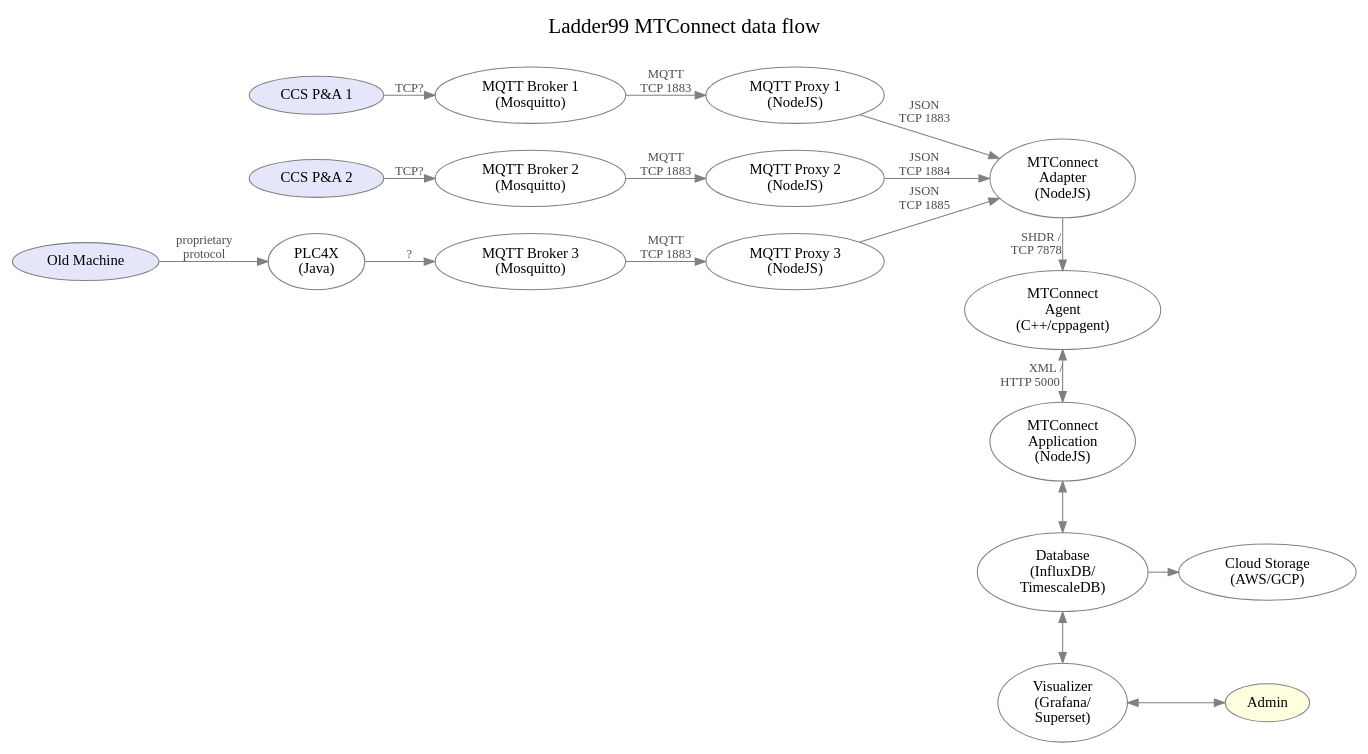
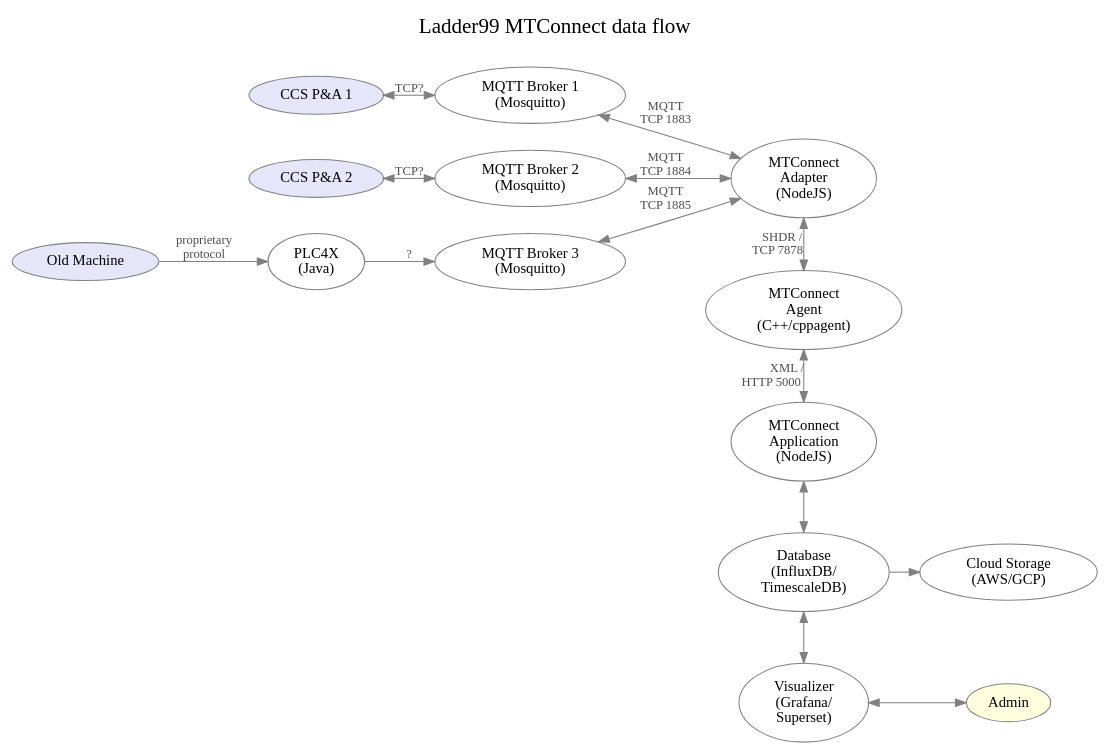
One commit to Ladder99/ladder99 changed the diagram in docs/architecture.dot. Above: the diagram before and after it, drawn with Graphviz. The commit also changed 4 other files, not shown here.

```diff
--- a/docs/architecture.dot
+++ b/docs/architecture.dot
@@ -1,80 +1,74 @@
 digraph "ladder99-adapter" {
 
   // styles
   graph [ label="Ladder99 MTConnect data flow\n "; color=lightgray; ];
   graph [ fontsize=20 ];
   graph [ labelloc=t ];
   graph [ ranksep=0.2 ];
   graph [ nodesep=0.35 ];
   graph [ rankdir=LR; ] // left-to-right
   node [ color=gray; fillcolor=white; style=filled ];
   edge [ color=gray ];
   edge [ fontsize=12; fontcolor=gray30; ];
 
   // nodes
   PA1 [ fillcolor=lavender; label="CCS P&A 1" ];
   PA2 [ fillcolor=lavender; label="CCS P&A 2" ];
   OldMachine [ fillcolor=lavender; label="Old Machine" ];
   PLC4X [ label="PLC4X\n(Java)" ];
   Broker1 [ label="MQTT Broker 1\n(Mosquitto)" ];
   Broker2 [ label="MQTT Broker 2\n(Mosquitto)" ];
   Broker3 [ label="MQTT Broker 3\n(Mosquitto)" ];
-  Proxy1 [ label="MQTT Proxy 1\n(NodeJS)" ];
-  Proxy2 [ label="MQTT Proxy 2\n(NodeJS)" ];
-  Proxy3 [ label="MQTT Proxy 3\n(NodeJS)" ];
   Adapter [ label="MTConnect\nAdapter\n(NodeJS)" ];
   // Device1Sheet [ fillcolor=greenyellow; label="device1.sheet" ];
   // Device1Yaml [ fillcolor=greenyellow; label="device1.yaml" ];
   // Device1Js [ label="device1.js" ];
   // Device2Sheet [ fillcolor=greenyellow; label="device2.sheet" ];
   // Device2Yaml [ fillcolor=greenyellow; label="device2.yaml" ];
   // Device2Js [ label="device2.js" ];
   // DiodeSender [ label="Diode Sender\n(Java+RabbitMQ)" ];
   // DiodeReceiver [ label="Diode Receiver\n(Java+RabbitMQ)" ];
   // DevicesXml [ label="devices.xml" ];
   Agent [ label="MTConnect\nAgent\n(C++/cppagent)" ];
   Application [ label="MTConnect\nApplication\n(NodeJS)" ];
   Database [ label="Database\n(InfluxDB/\nTimescaleDB)" ];
   Visualizer [ label="Visualizer\n(Grafana/\nSuperset)" ];
   Cloud [ label="Cloud Storage\n(AWS/GCP)" ];
   Admin [ fillcolor=lightyellow ];
   // LOI [ label="LOI\n(SvelteJS)" ];
   // Operator [ fillcolor=lightyellow ];
 
   // edges
-  PA1 -> Broker1 [ label="TCP?" ];
-  PA2 -> Broker2 [ label="TCP?" ];
+  PA1 -> Broker1 [ label="TCP?", dir=both ];
+  PA2 -> Broker2 [ label="TCP?", dir=both ];
   OldMachine -> PLC4X [ label="proprietary\nprotocol" ];
   PLC4X -> Broker3 [ label="?" ];
-  Broker1 -> Proxy1 [ label="MQTT\nTCP 1883" ];
-  Broker2 -> Proxy2 [ label="MQTT\nTCP 1883" ];
-  Broker3 -> Proxy3 [ label="MQTT\nTCP 1883" ];
-  Proxy1 -> Adapter [ label="JSON\nTCP 1883" ];
-  Proxy2 -> Adapter [ label="JSON\nTCP 1884" ];
-  Proxy3 -> Adapter [ label="JSON\nTCP 1885" ];
-  Adapter -> Agent [ label="SHDR /   \nTCP 7878      " ];
+  Broker1 -> Adapter [ label="MQTT\nTCP 1883", dir=both ];
+  Broker2 -> Adapter [ label="MQTT\nTCP 1884", dir=both ];
+  Broker3 -> Adapter [ label="MQTT\nTCP 1885", dir=both ];
+  Adapter -> Agent [ label="SHDR /   \nTCP 7878      ", dir=both ];
   // Device1Sheet -> Device1Yaml [ label="feeds into" ];
   // Device1Yaml -> Device1Js [ label="generates" ];
   // Device1Js -> Proxy1 [ label="used by" ];
   // Device2Sheet -> Device2Yaml [ label="feeds into" ];
   // Device2Yaml -> Device2Js [ label="generates" ];
   // Device2Js -> Proxy2 [ label="used by" ];
   // Device1Yaml -> DevicesXml [ label="generates" ];
   // Device2Yaml -> DevicesXml [ label="generates" ];
   // DiodeSender -> DiodeReceiver [ label="UDP    " ];
   // DiodeReceiver -> Agent [ label="SHDR /    \nTCP 7878        " ];
   // Adapter -> Agent [ label="SHDR/\nTCP 7878" ];
   // DevicesXml -> Agent [ label="used by" ];
   Agent -> Application [ dir=both; label="XML / \nHTTP 5000          " ];
   Application -> Database [ dir=both ];
   Database -> Visualizer [ dir=both ];
   Database -> Cloud;
   Visualizer -> Admin [ dir=both ];
   // Application -> LOI;
   // LOI -> Operator;
 
   // rank
   // { rank=same; DiodeSender DiodeReceiver Agent Application Database Visualizer };
   { rank=same; Adapter Agent Application Database Visualizer };
   { rank=same; Cloud Admin };
 }
```
